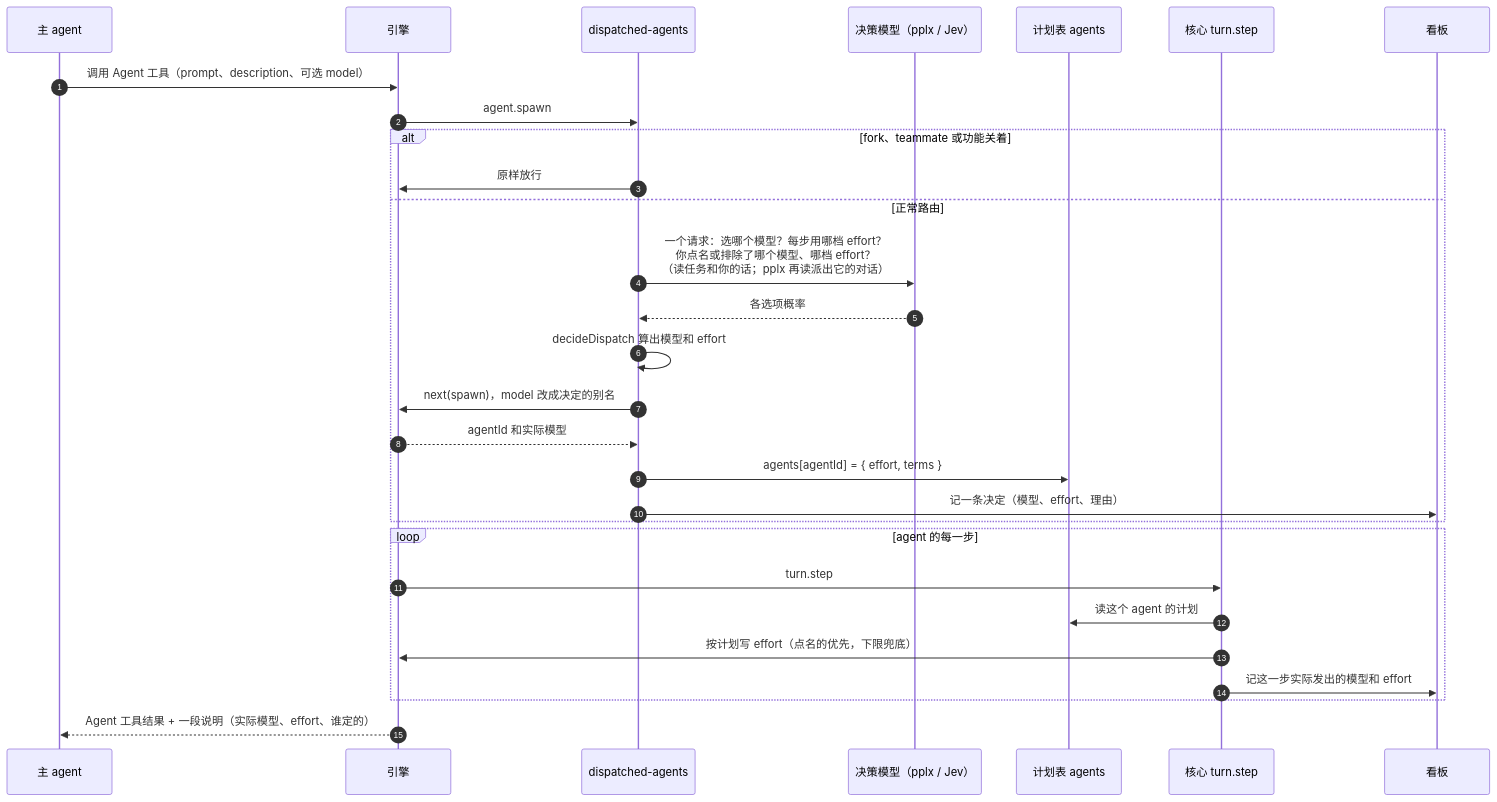
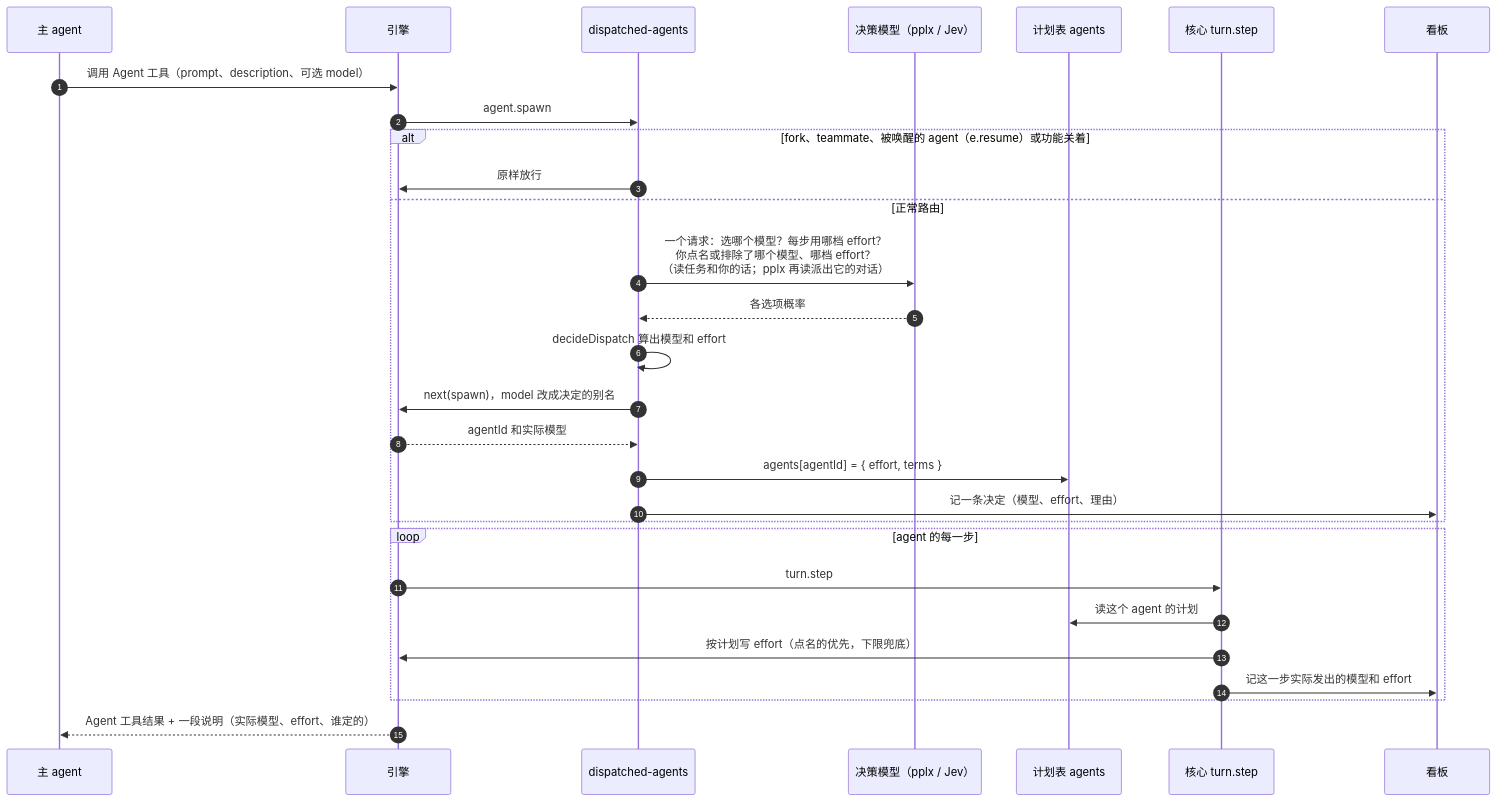
The first of 6 diagrams in docs/dispatch-pilot-routing.md (alexcz-a11y/claude-mods), drawn with Mermaid before and after one commit. The commit also changed 12 other files, not shown here.

````diff
--- a/docs/dispatch-pilot-routing.md
+++ b/docs/dispatch-pilot-routing.md
@@ -21,32 +21,32 @@
 ```mermaid
 sequenceDiagram
     autonumber
     participant M as 主 agent
     participant E as 引擎
     participant D as dispatched-agents
     participant J as 决策模型（pplx / Jev）
     participant P as 计划表 agents
     participant C as 核心 turn.step
     participant B as 看板
 
     M->>E: 调用 Agent 工具（prompt、description、可选 model）
     E->>D: agent.spawn
-    alt fork、teammate 或功能关着
+    alt fork、teammate、被唤醒的 agent（e.resume）或功能关着
         D->>E: 原样放行
     else 正常路由
         D->>J: 一个请求：选哪个模型？每步用哪档 effort？<br/>你点名或排除了哪个模型、哪档 effort？<br/>（读任务和你的话；pplx 再读派出它的对话）
         J-->>D: 各选项概率
         D->>D: decideDispatch 算出模型和 effort
         D->>E: next(spawn)，model 改成决定的别名
         E-->>D: agentId 和实际模型
         D->>P: agents[agentId] = { effort, terms }
         D->>B: 记一条决定（模型、effort、理由）
     end
     loop agent 的每一步
         E->>C: turn.step
         C->>P: 读这个 agent 的计划
         C->>E: 按计划写 effort（点名的优先，下限兜底）
         C->>B: 记这一步实际发出的模型和 effort
     end
     E-->>M: Agent 工具结果 + 一段说明（实际模型、effort、谁定的）
 ```
````
